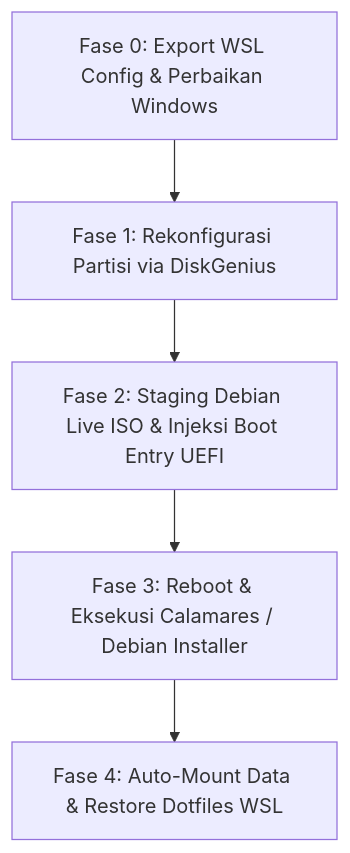
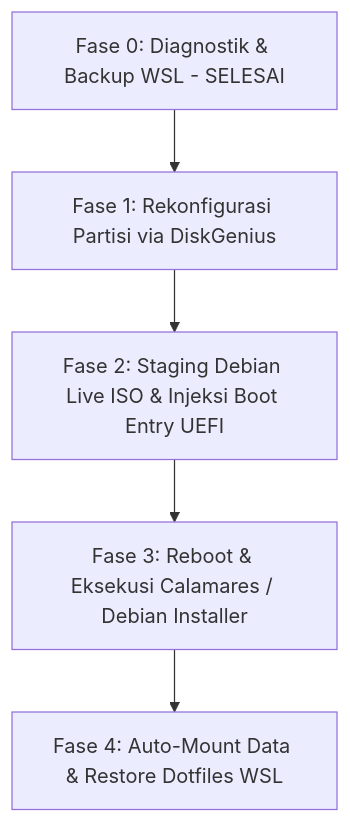
One commit to 0xrizz/os-manager changed the diagram in docs/LINUX_MIGRATION_BLUEPRINT.md. Above: the diagram before and after it, drawn with Mermaid. The commit also changed other lines of this file, not shown here.

Commit message:
docs: update migration blueprint with verified admin diagnostics and WSL backup checksums

````diff
--- a/docs/LINUX_MIGRATION_BLUEPRINT.md
+++ b/docs/LINUX_MIGRATION_BLUEPRINT.md
@@ -74,7 +102,7 @@
 ```mermaid
 flowchart TD
-    A[Fase 0: Export WSL Config & Perbaikan Windows] --> B[Fase 1: Rekonfigurasi Partisi via DiskGenius]
+    A[Fase 0: Diagnostik & Backup WSL - SELESAI] --> B[Fase 1: Rekonfigurasi Partisi via DiskGenius]
     B --> C[Fase 2: Staging Debian Live ISO & Injeksi Boot Entry UEFI]
     C --> D[Fase 3: Reboot & Eksekusi Calamares / Debian Installer]
     D --> E[Fase 4: Auto-Mount Data & Restore Dotfiles WSL]
 ```
````
